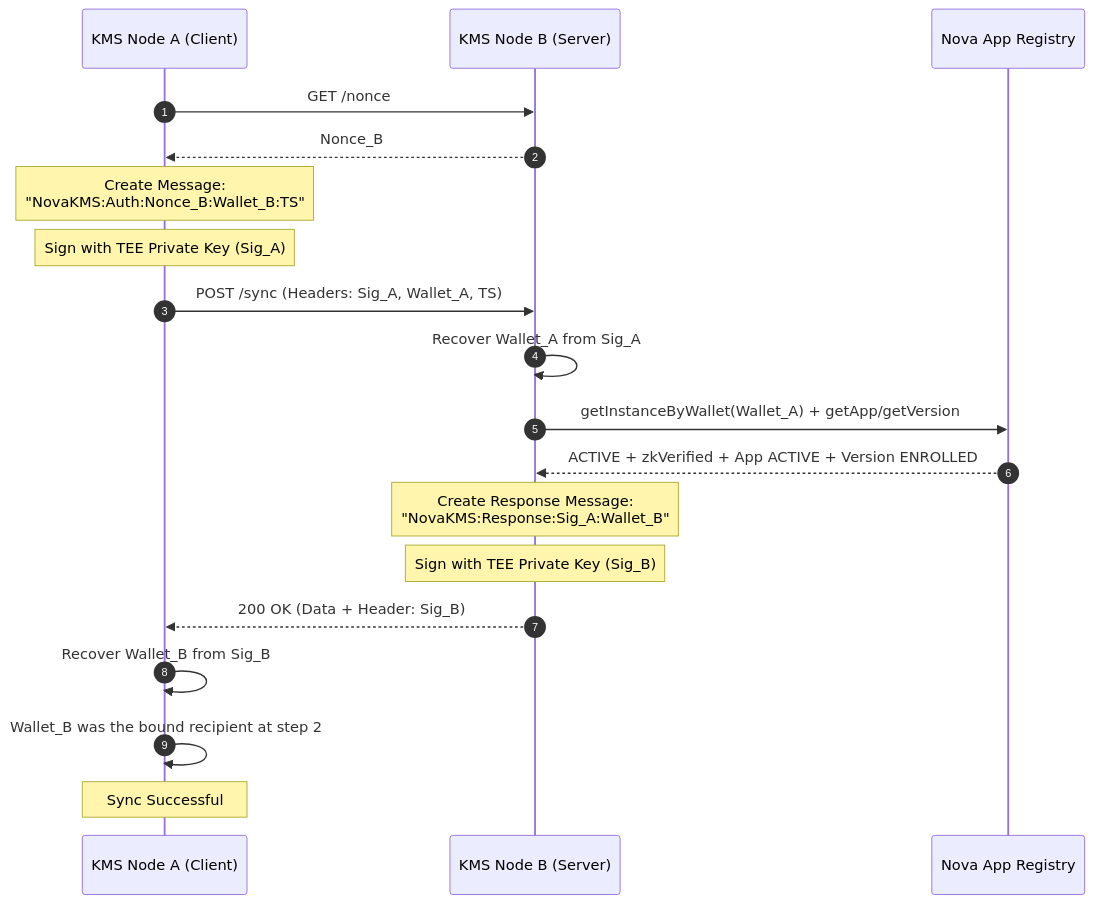
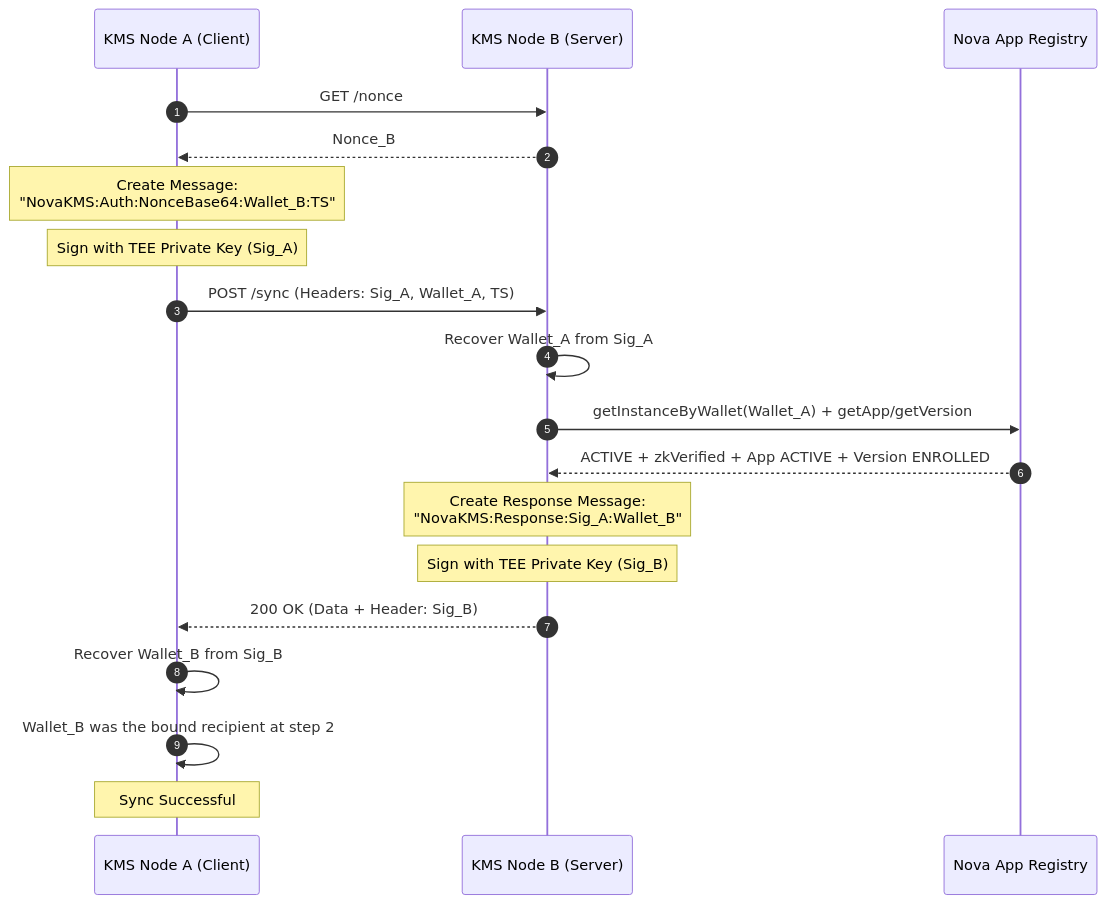
Before and after one commit to sparsity-xyz/nova-kms: the fourth of 5 diagrams in docs/kms-core-workflows.md, drawn with Mermaid. The commit also changed other lines of this file and 1 other file, not shown here.

````diff
--- a/docs/kms-core-workflows.md
+++ b/docs/kms-core-workflows.md
@@ -222,28 +222,28 @@
 ```mermaid
 sequenceDiagram
     autonumber
     participant A as KMS Node A (Client)
     participant B as KMS Node B (Server)
     participant AppReg as Nova App Registry
 
     A->>B: GET /nonce
     B-->>A: Nonce_B
     
-    Note over A: Create Message:<br/>"NovaKMS:Auth:Nonce_B:Wallet_B:TS"
+    Note over A: Create Message:<br/>"NovaKMS:Auth:NonceBase64:Wallet_B:TS"
     Note over A: Sign with TEE Private Key (Sig_A)
     
     A->>B: POST /sync (Headers: Sig_A, Wallet_A, TS)
     
     B->>B: Recover Wallet_A from Sig_A
     B->>AppReg: getInstanceByWallet(Wallet_A) + getApp/getVersion
     AppReg-->>B: ACTIVE + zkVerified + App ACTIVE + Version ENROLLED
     
     Note over B: Create Response Message:<br/>"NovaKMS:Response:Sig_A:Wallet_B"
     Note over B: Sign with TEE Private Key (Sig_B)
     
     B-->>A: 200 OK (Data + Header: Sig_B)
     
     A->>A: Recover Wallet_B from Sig_B
     A->>A: Wallet_B was the bound recipient at step 2
     Note over A: Sync Successful
 ```
````
